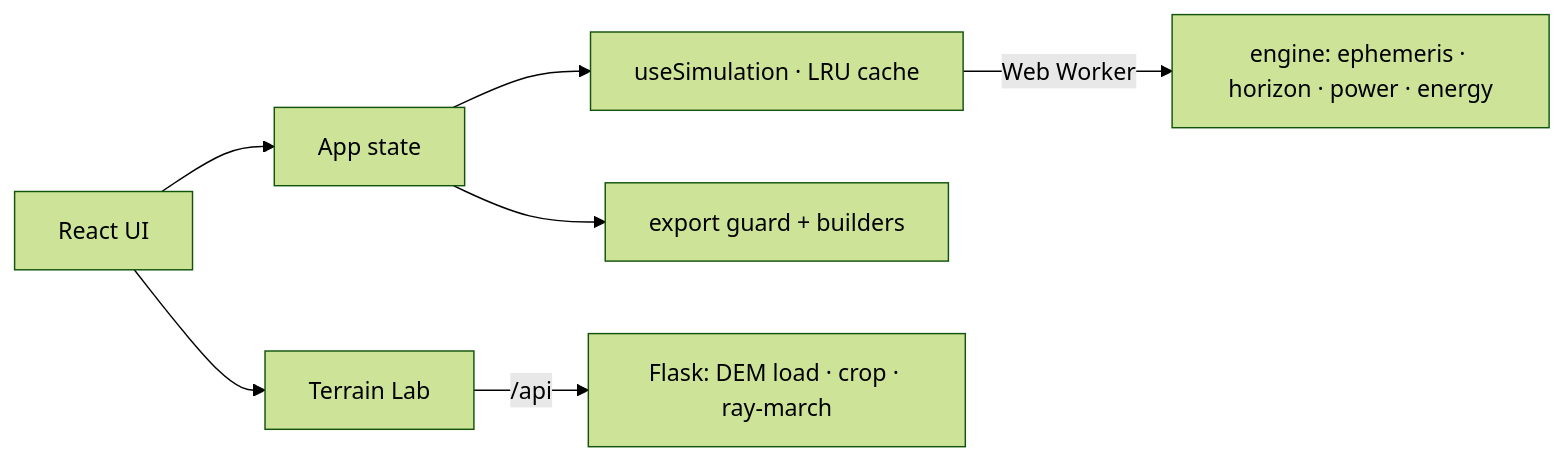
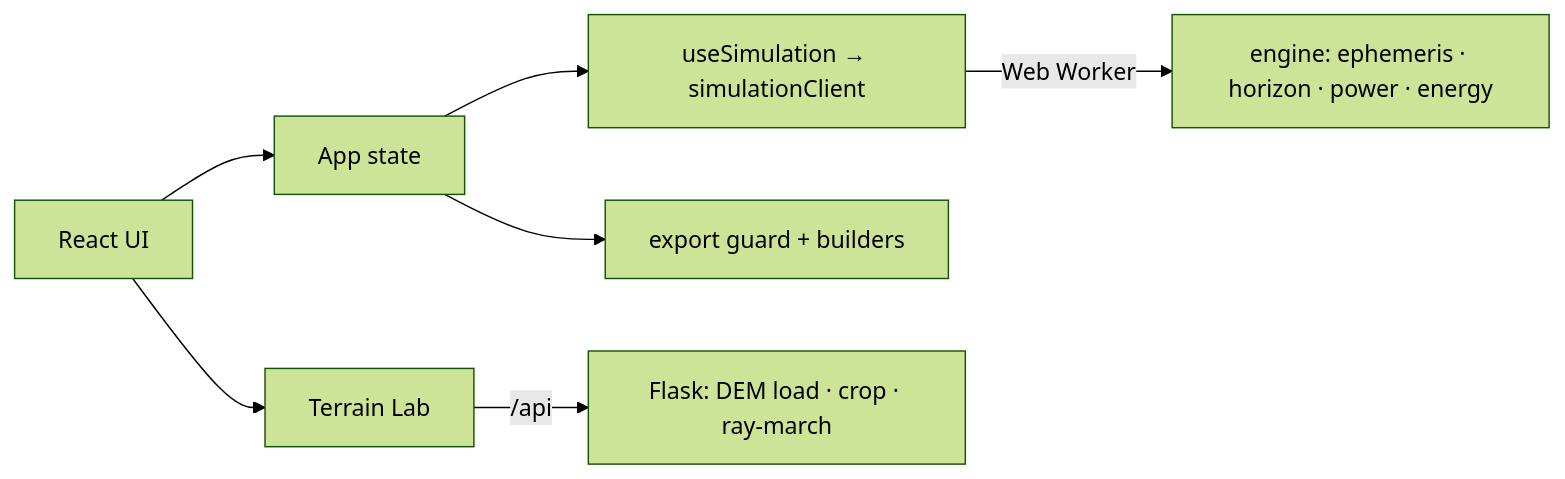
The diagram in README.md (Hemansh2633B/Clps-lunar-mission), drawn with Mermaid (forest theme) before and after one commit. The commit also changed other lines of this file and 1 other file, not shown here.

First line of the commit message:
docs: align identity wording with known findings; consistent diagrams

````diff
--- a/README.md
+++ b/README.md
@@ -126,9 +126,9 @@
 ```mermaid
 flowchart LR
     UI[React UI] --> App[App state]
-    App --> Hook[useSimulation · LRU cache]
+    App --> Hook[useSimulation → simulationClient]
     Hook -->|Web Worker| Engine[engine: ephemeris · horizon · power · energy]
     App --> Export[export guard + builders]
     UI --> Terrain[Terrain Lab]
     Terrain -->|/api| Backend[Flask: DEM load · crop · ray-march]
 ```
````
